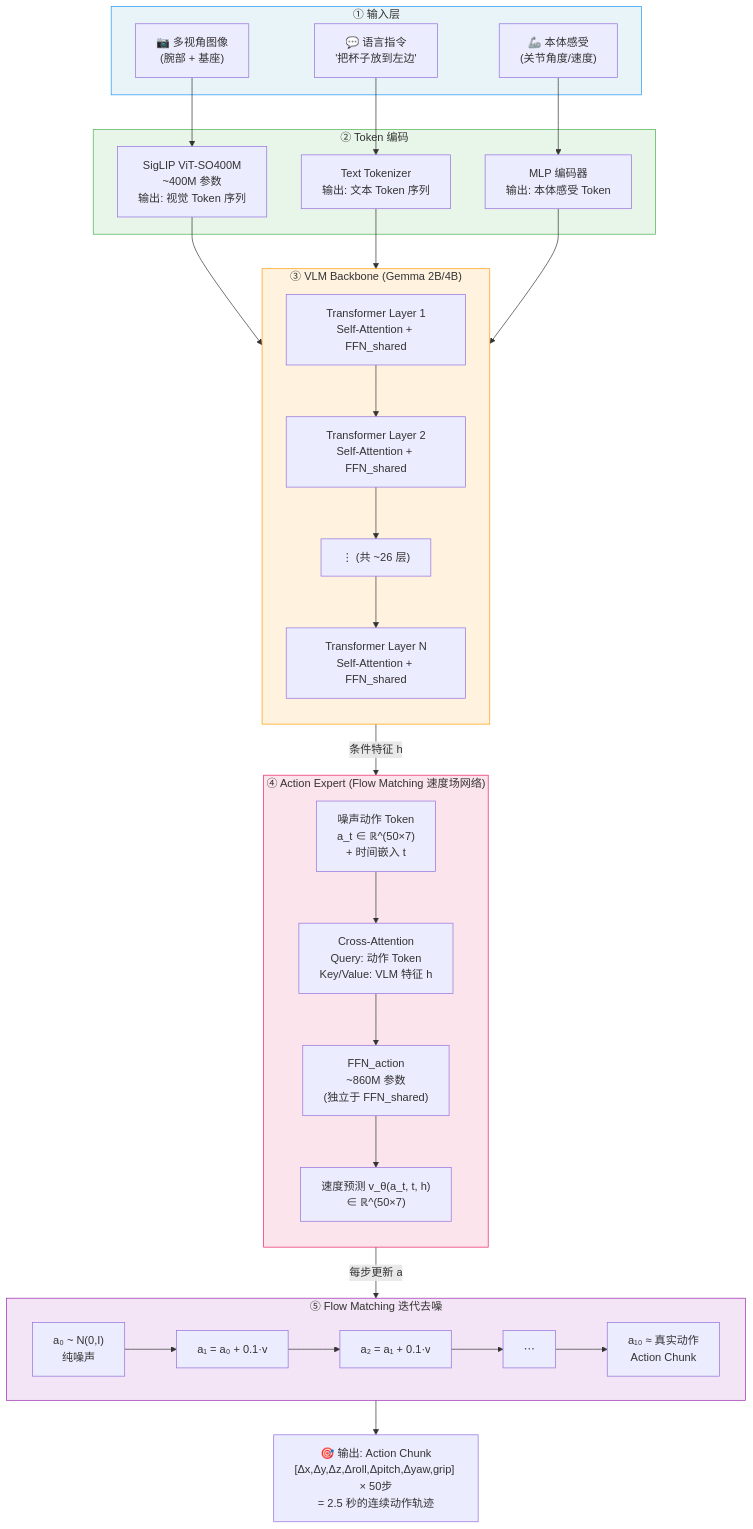
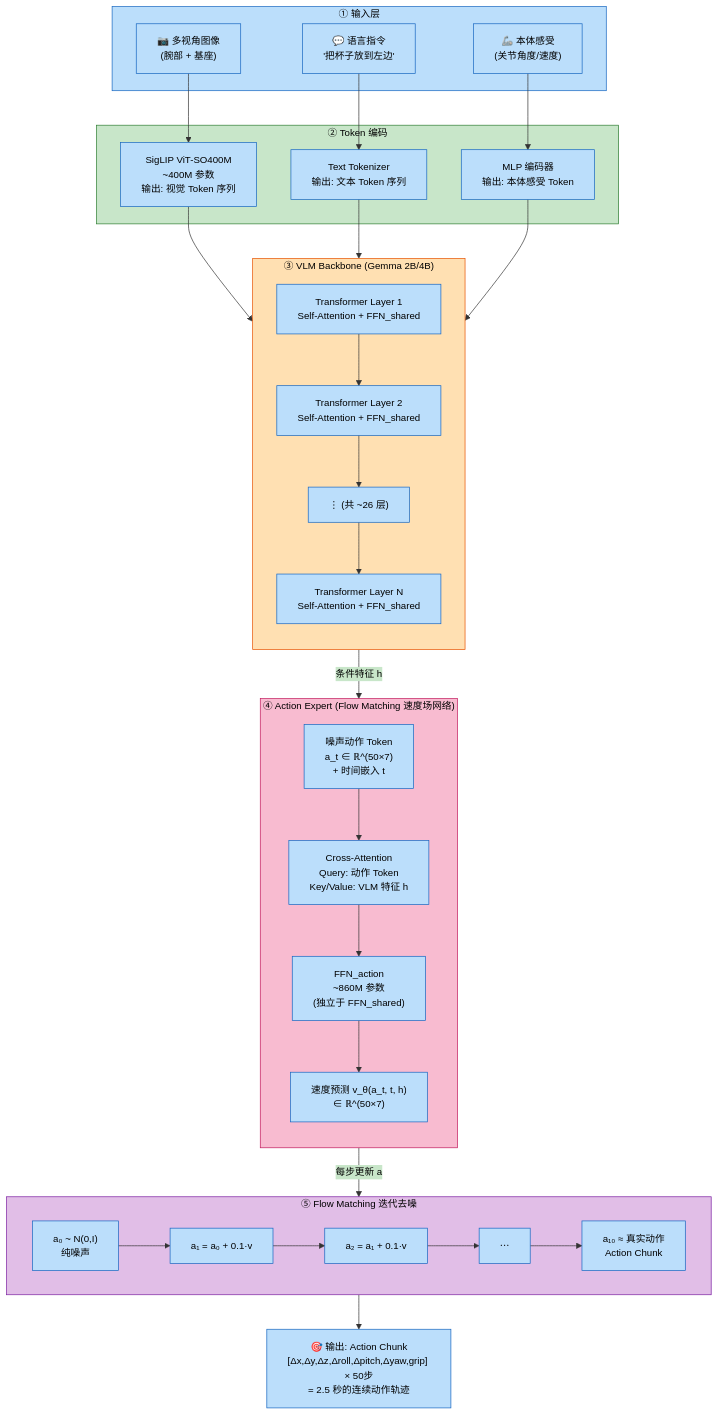
The first of 3 diagrams in VLA_Advances/Appendix_A_Flow_Matching.md (wikan2019/VLALearning), drawn with Mermaid before and after one commit. The commit also changed other lines of this file, not shown here.

Commit message:
feat: 补充本体感受Token/时间嵌入详解，优化Mermaid图配色

````diff
--- a/VLA_Advances/Appendix_A_Flow_Matching.md
+++ b/VLA_Advances/Appendix_A_Flow_Matching.md
@@ -886,4 +886,5 @@
 ```mermaid
+%%{init: {'theme': 'base', 'themeVariables': {'primaryColor': '#bbdefb', 'primaryTextColor': '#000000', 'primaryBorderColor': '#1565c0', 'lineColor': '#333333', 'secondaryColor': '#c8e6c9', 'tertiaryColor': '#fff9c4', 'fontFamily': 'Arial', 'fontSize': '14px'}}}%%
 graph TB
     subgraph 输入层["① 输入层"]
         IMG["📷 多视角图像<br/>(腕部 + 基座)"]
@@ -941,9 +942,29 @@
     S0 --> S1 --> S2 --> SD --> S10
     S10 --> OUT
 
-    style 输入层 fill:#e8f4f8,stroke:#2196F3
-    style 编码层 fill:#e8f5e9,stroke:#4CAF50
-    style VLM fill:#fff3e0,stroke:#FF9800
-    style AE fill:#fce4ec,stroke:#E91E63
-    style FM fill:#f3e5f5,stroke:#9C27B0
+    style 输入层 fill:#bbdefb,stroke:#1565c0,color:#000000
+    style 编码层 fill:#c8e6c9,stroke:#2e7d32,color:#000000
+    style VLM fill:#ffe0b2,stroke:#e65100,color:#000000
+    style AE fill:#f8bbd0,stroke:#c2185b,color:#000000
+    style FM fill:#e1bee7,stroke:#7b1fa2,color:#000000
+    style IMG color:#000000
+    style TXT color:#000000
+    style PROP color:#000000
+    style VIT color:#000000
+    style TOK color:#000000
+    style MLP_P color:#000000
+    style ATT1 color:#000000
+    style ATT2 color:#000000
+    style DOTS color:#000000
+    style ATTN color:#000000
+    style NOISE color:#000000
+    style CROSS color:#000000
+    style FFN_A color:#000000
+    style VOUT color:#000000
+    style S0 color:#000000
+    style S1 color:#000000
+    style S2 color:#000000
+    style SD color:#000000
+    style S10 color:#000000
+    style OUT color:#000000
 ```
````
